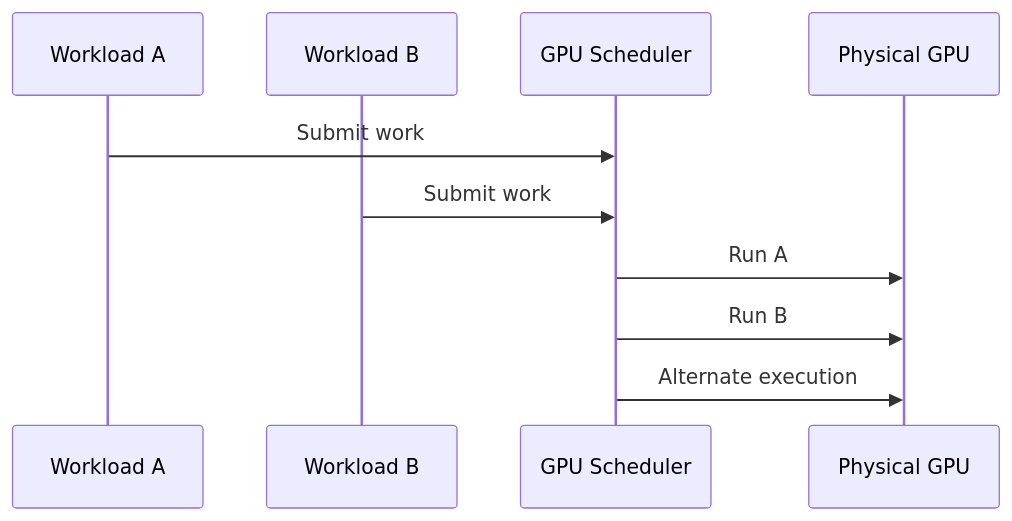
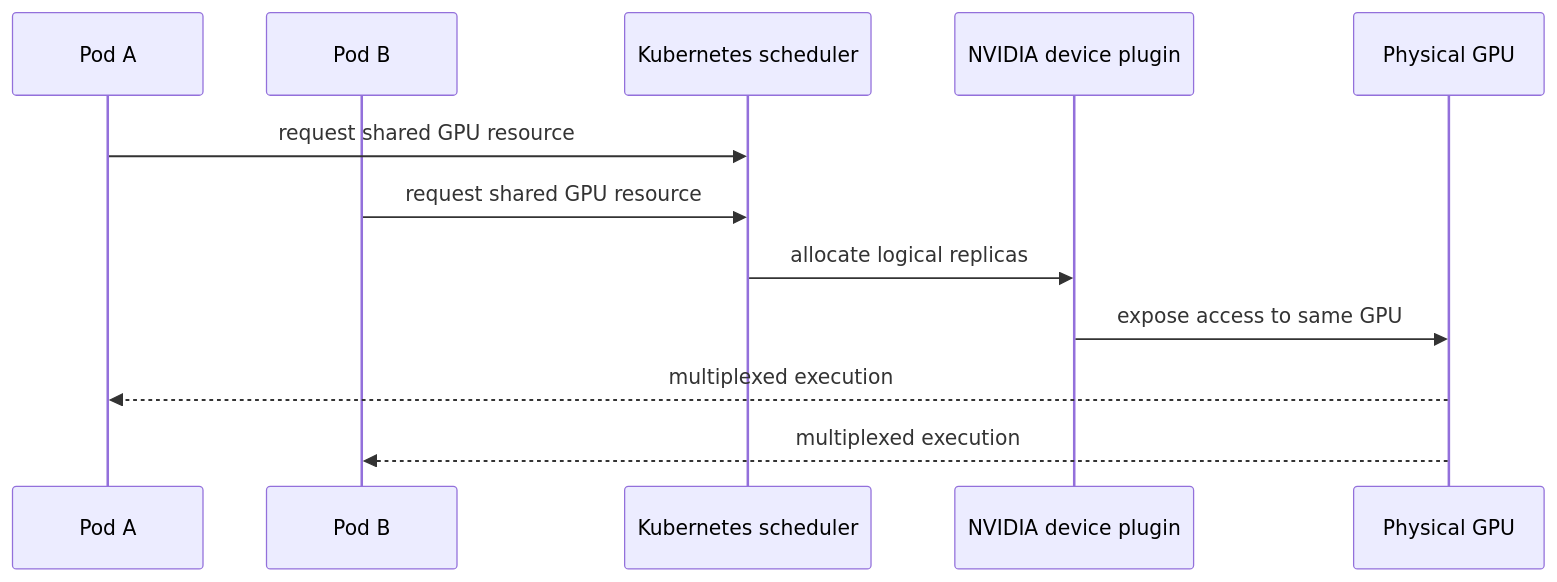
The diagram in docs/nvidia-zero-to-hero/volume-11/chapter-04-time-slicing-and-oversubscription.md (jithinpnjm/nvidia-devops), drawn with Mermaid before and after one commit. The commit also changed other lines of this file and 4 other files, not shown here.

````diff
--- a/docs/nvidia-zero-to-hero/volume-11/chapter-04-time-slicing-and-oversubscription.md
+++ b/docs/nvidia-zero-to-hero/volume-11/chapter-04-time-slicing-and-oversubscription.md
@@ -14,12 +22,14 @@
 ```mermaid
 sequenceDiagram
-    participant A as Workload A
-    participant B as Workload B
-    participant S as GPU Scheduler
+    participant P as Pod A
+    participant Q as Pod B
+    participant K as Kubernetes scheduler
+    participant D as NVIDIA device plugin
     participant G as Physical GPU
-    A->>S: Submit work
-    B->>S: Submit work
-    S->>G: Run A
-    S->>G: Run B
-    S->>G: Alternate execution
+    P->>K: request shared GPU resource
+    Q->>K: request shared GPU resource
+    K->>D: allocate logical replicas
+    D->>G: expose access to same GPU
+    G-->>P: multiplexed execution
+    G-->>Q: multiplexed execution
 ```
````
